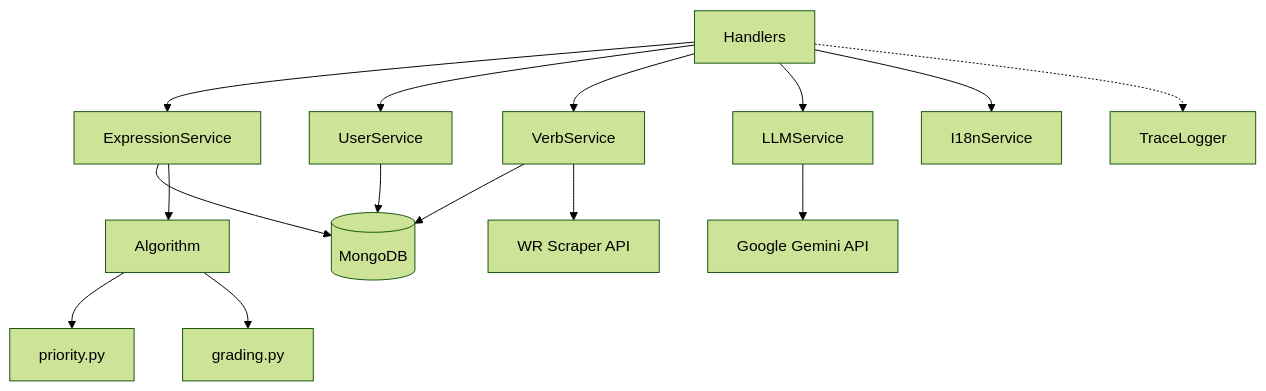
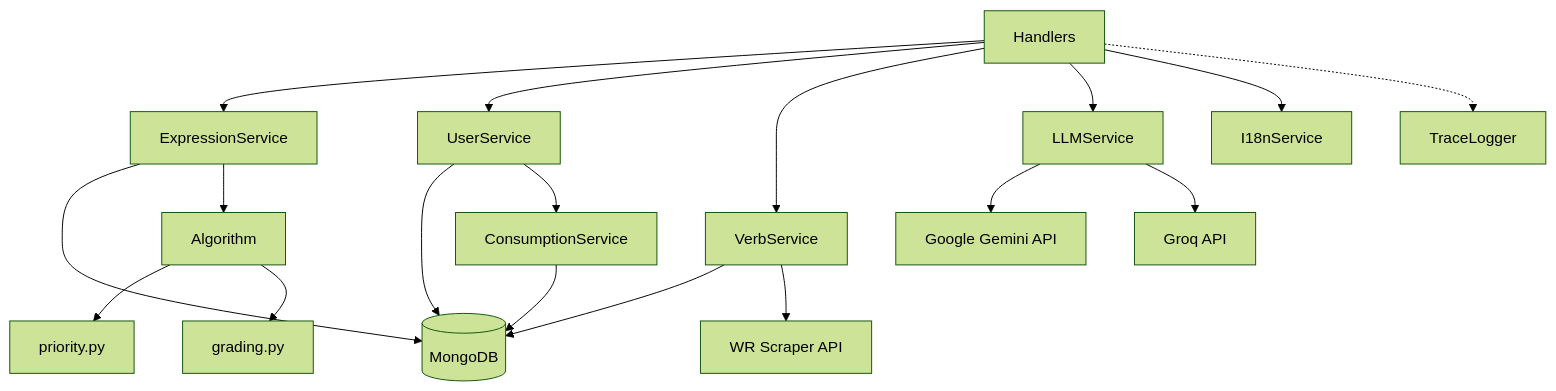
One commit to d-khalang/FlashCard_ecosystem changed the first of 2 diagrams in flashcard-project/docs/services.md. Above: the diagram before and after it, drawn with Mermaid (forest theme). The commit also changed other lines of this file and 3 other files, not shown here.

````diff
--- a/flashcard-project/docs/services.md
+++ b/flashcard-project/docs/services.md
@@ -7,19 +7,22 @@
 ```mermaid
 graph TD
     H[Handlers] --> ES[ExpressionService]
     H --> US[UserService]
     H --> VS[VerbService]
     H --> LLM[LLMService]
     H --> I18N[I18nService]
     H -.-> TL[TraceLogger]
     
     ES --> DB[(MongoDB)]
     US --> DB
+    US --> CS[ConsumptionService]
     VS --> DB
     VS --> SCRAPER[WR Scraper API]
     LLM --> GEMINI[Google Gemini API]
+    LLM --> GROQ[Groq API]
+    CS --> DB
     
     ES --> ALG[Algorithm]
     ALG --> PRI[priority.py]
     ALG --> GRD[grading.py]
 ```
````
